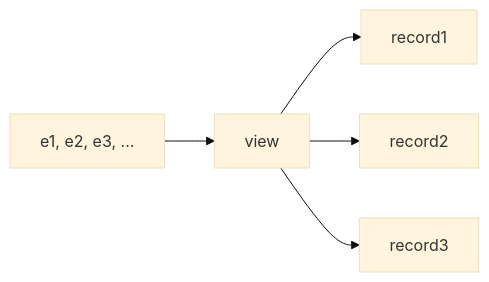
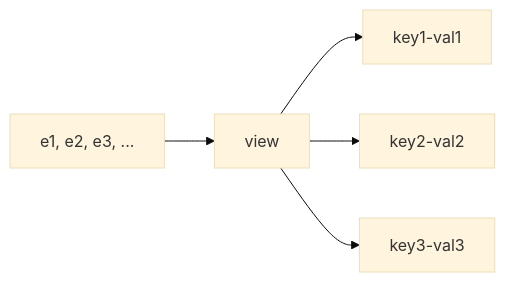
The second of 2 diagrams in README.md (LAC-Tech/laterbase), drawn with Mermaid (base theme) before and after one commit. The commit also changed other lines of this file and 1 other file, not shown here.

````diff
--- a/README.md
+++ b/README.md
@@ -111,9 +116,9 @@
 ```mermaid
 graph LR;
     events[e1, e2, e3, ...]
     view
     events --> view
-    view --> record1
-    view --> record2
-    view --> record3
+    view --> key1-val1
+    view --> key2-val2
+    view --> key3-val3
 ```
````
